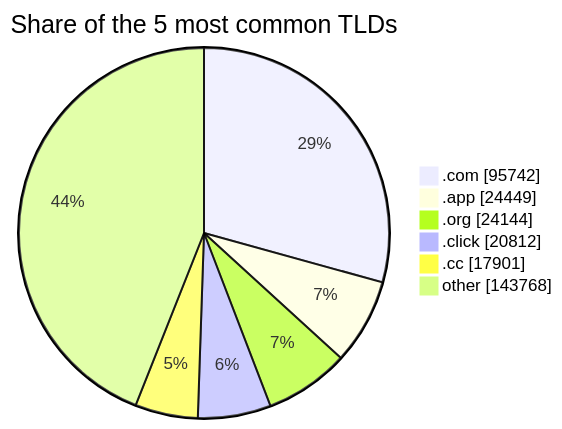
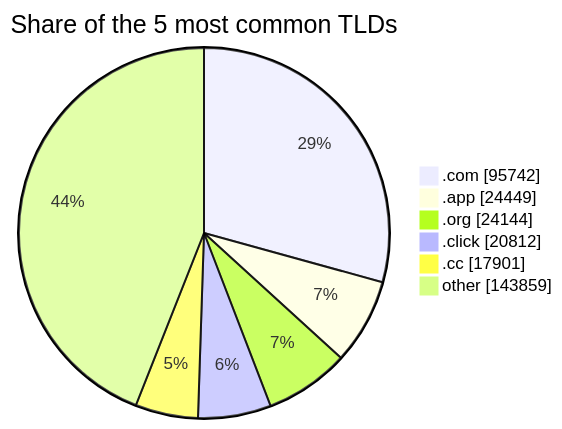
One commit to DNSBunker/CTI changed the third of 3 diagrams in README.md. Above: the diagram before and after it, drawn with Mermaid. The commit also changed other lines of this file and 4 other files, not shown here.

````diff
--- a/README.md
+++ b/README.md
@@ -81,9 +81,9 @@
 ```mermaid
 pie showData title Share of the 5 most common TLDs
     ".com" : 95742
     ".app" : 24449
     ".org" : 24144
     ".click" : 20812
     ".cc" : 17901
-    "other" : 143768
+    "other" : 143859
 ```
````
